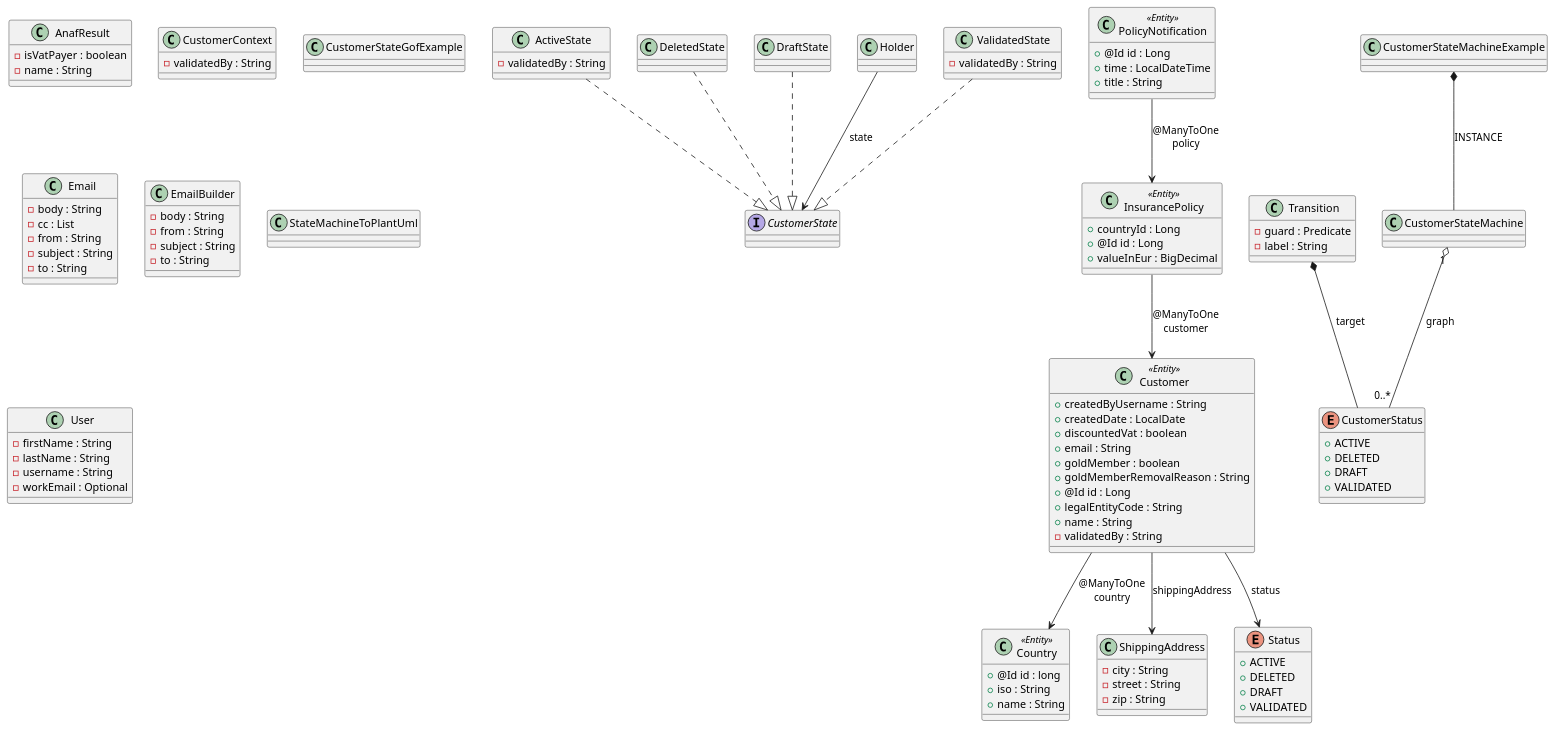
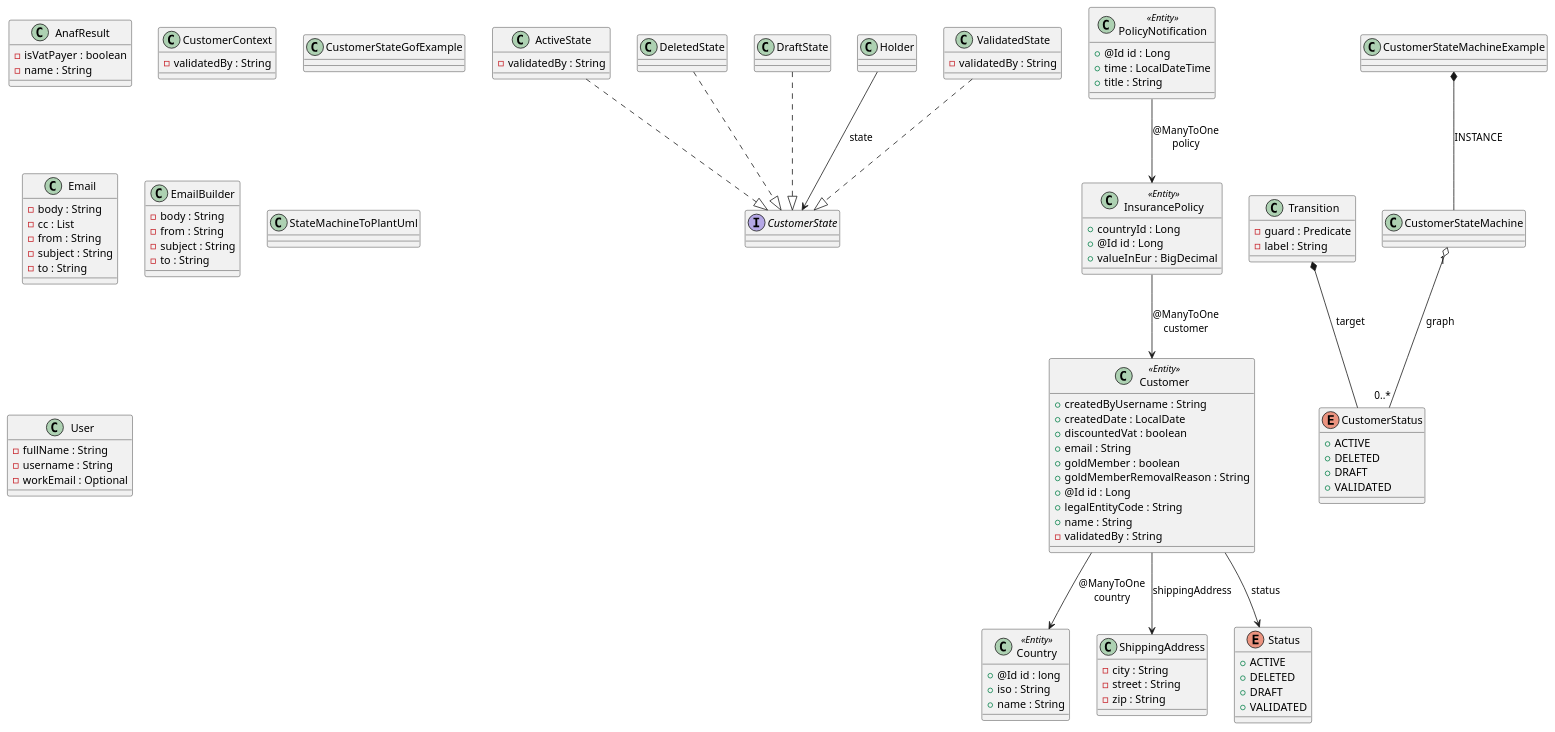
The diagram in clean-application/domain.puml (victorrentea/clean-architecture), drawn with PlantUML before and after one commit. The commit also changed 5 other files, not shown here.

```diff
--- a/clean-application/domain.puml
+++ b/clean-application/domain.puml
@@ -1,162 +1,161 @@
 @startuml
 
 class ActiveState {
 	{field} -validatedBy : String
 }
 
 
 class AnafResult {
 	{field} -isVatPayer : boolean
 	{field} -name : String
 }
 
 
 class Country <<Entity>>  {
 	{field} +@Id id : long
 	{field} +iso : String
 	{field} +name : String
 }
 
 
 class Customer <<Entity>>  {
 	{field} +createdByUsername : String
 	{field} +createdDate : LocalDate
 	{field} +discountedVat : boolean
 	{field} +email : String
 	{field} +goldMember : boolean
 	{field} +goldMemberRemovalReason : String
 	{field} +@Id id : Long
 	{field} +legalEntityCode : String
 	{field} +name : String
 	{field} -validatedBy : String
 }
 
 
 class CustomerContext {
 	{field} -validatedBy : String
 }
 
 
 interface CustomerState {
 }
 
 
 class CustomerStateGofExample {
 }
 
 
 class CustomerStateMachine {
 }
 
 
 class CustomerStateMachineExample {
 }
 
 
 enum CustomerStatus {
 	{field} +ACTIVE
 	{field} +DELETED
 	{field} +DRAFT
 	{field} +VALIDATED
 }
 
 
 class DeletedState {
 }
 
 
 class DraftState {
 }
 
 
 class Email {
 	{field} -body : String
 	{field} -cc : List
 	{field} -from : String
 	{field} -subject : String
 	{field} -to : String
 }
 
 
 class EmailBuilder {
 	{field} -body : String
 	{field} -from : String
 	{field} -subject : String
 	{field} -to : String
 }
 
 
 class Holder {
 }
 
 
 class InsurancePolicy <<Entity>>  {
 	{field} +countryId : Long
 	{field} +@Id id : Long
 	{field} +valueInEur : BigDecimal
 }
 
 
 class PolicyNotification <<Entity>>  {
 	{field} +@Id id : Long
 	{field} +time : LocalDateTime
 	{field} +title : String
 }
 
 
 class ShippingAddress {
 	{field} -city : String
 	{field} -street : String
 	{field} -zip : String
 }
 
 
 class StateMachineToPlantUml {
 }
 
 
 enum Status {
 	{field} +ACTIVE
 	{field} +DELETED
 	{field} +DRAFT
 	{field} +VALIDATED
 }
 
 
 class Transition {
 	{field} -guard : Predicate
 	{field} -label : String
 }
 
 
 class User {
-	{field} -firstName : String
-	{field} -lastName : String
+	{field} -fullName : String
 	{field} -username : String
 	{field} -workEmail : Optional
 }
 
 
 class ValidatedState {
 	{field} -validatedBy : String
 }
 
 
 
 
 ActiveState ..|>  CustomerState
 Customer -->  Country :  @ManyToOne\ncountry
 Customer -->  ShippingAddress : shippingAddress
 Customer -->  Status : status
 CustomerStateMachine "1" o-- "0..*"  CustomerStatus : graph
 CustomerStateMachineExample *--  CustomerStateMachine : INSTANCE
 DeletedState ..|>  CustomerState
 DraftState ..|>  CustomerState
 Holder -->  CustomerState : state
 InsurancePolicy -->  Customer :  @ManyToOne\ncustomer
 PolicyNotification -->  InsurancePolicy :  @ManyToOne\npolicy
 Transition *--  CustomerStatus : target
 ValidatedState ..|>  CustomerState
 
 
 @enduml
```
